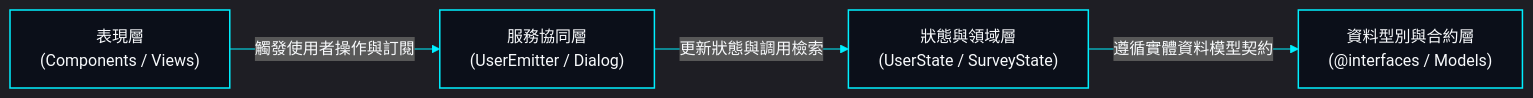
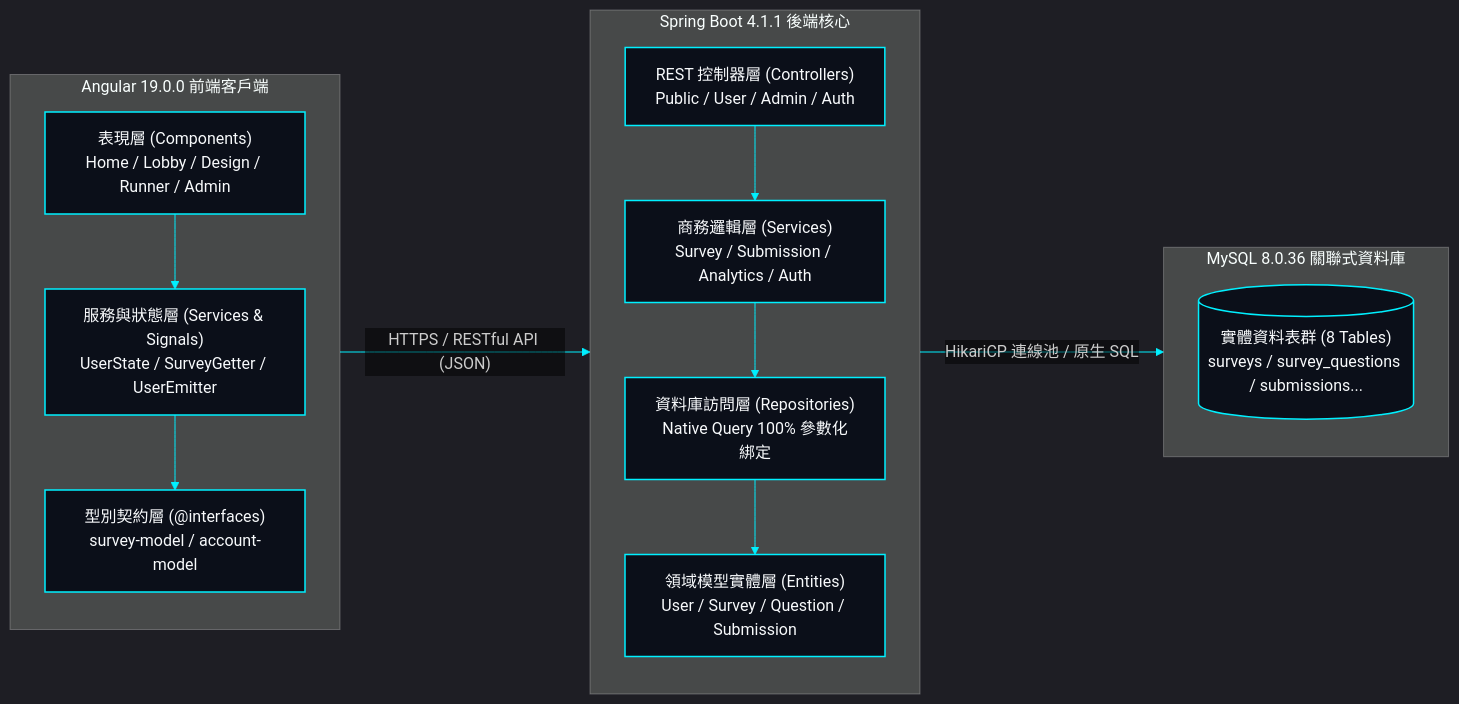
The diagram in docs/system-design/03-architecture.md (EricXJason/survey-flow), drawn with Mermaid before and after one commit. The commit also changed other lines of this file and 146 other files, not shown here.

````diff
--- a/docs/system-design/03-architecture.md
+++ b/docs/system-design/03-architecture.md
@@ -11,14 +13,30 @@
 ```mermaid
-%%{init: {'theme': 'dark', 'themeVariables': { 'darkMode': true, 'background': '#030712', 'primaryColor': '#0b0f19', 'primaryTextColor': '#f8fafc', 'primaryBorderColor': '#00f0ff', 'lineColor': '#00f0ff', 'textColor': '#f8fafc' }, 'flowchart': { 'curve': 'linear' } }}%%
+%%{init: {'theme': 'dark', 'themeVariables': { 'darkMode': true, 'background': '#030712', 'primaryColor': '#0b0f19', 'primaryTextColor': '#f8fafc', 'primaryBorderColor': '#00f0ff', 'lineColor': '#00f0ff', 'edgeLabelBackground': 'transparent' }}}%%
 flowchart LR
     classDef hudCard fill:#0b0f19,stroke:#00f0ff,stroke-width:1.5px,color:#f8fafc,rx:0px,ry:0px;
 
-    Presentation["表現層<br/>(Components / Views)"]:::hudCard
-    ServiceCoordination["服務協同層<br/>(UserEmitter / Dialog)"]:::hudCard
-    StateDomain["狀態與領域層<br/>(UserState / SurveyState)"]:::hudCard
-    ContractsLayer["資料型別與合約層<br/>(@interfaces / Models)"]:::hudCard
+    subgraph FrontendApp ["Angular 19.0.0 前端客戶端"]
+        direction TB
+        UI_Components["表現層 (Components)<br/>Home / Lobby / Design / Runner / Admin"]:::hudCard
+        UI_Services["服務與狀態層 (Services & Signals)<br/>UserState / SurveyGetter / UserEmitter"]:::hudCard
+        UI_Contracts["型別契約層 (@interfaces)<br/>survey-model / account-model"]:::hudCard
+        UI_Components --> UI_Services --> UI_Contracts
+    end
 
-    Presentation -->|"觸發使用者操作與訂閱"| ServiceCoordination
-    ServiceCoordination -->|"更新狀態與調用檢索"| StateDomain
-    StateDomain -->|"遵循實體資料模型契約"| ContractsLayer
+    subgraph BackendApp ["Spring Boot 4.1.1 後端核心"]
+        direction TB
+        BE_Controllers["REST 控制器層 (Controllers)<br/>Public / User / Admin / Auth"]:::hudCard
+        BE_Services["商務邏輯層 (Services)<br/>Survey / Submission / Analytics / Auth"]:::hudCard
+        BE_Repos["資料庫訪問層 (Repositories)<br/>Native Query 100% 參數化綁定"]:::hudCard
+        BE_Entities["領域模型實體層 (Entities)<br/>User / Survey / Question / Submission"]:::hudCard
+        BE_Controllers --> BE_Services --> BE_Repos --> BE_Entities
+    end
+
+    subgraph DatabaseLayer ["MySQL 8.0.36 關聯式資料庫"]
+        direction TB
+        DB_Tables[("實體資料表群 (8 Tables)<br/>surveys / survey_questions / submissions...")]:::hudCard
+    end
+
+    FrontendApp -->|"HTTPS / RESTful API (JSON)"| BackendApp
+    BackendApp -->|"HikariCP 連線池 / 原生 SQL"| DatabaseLayer
 ```
````
